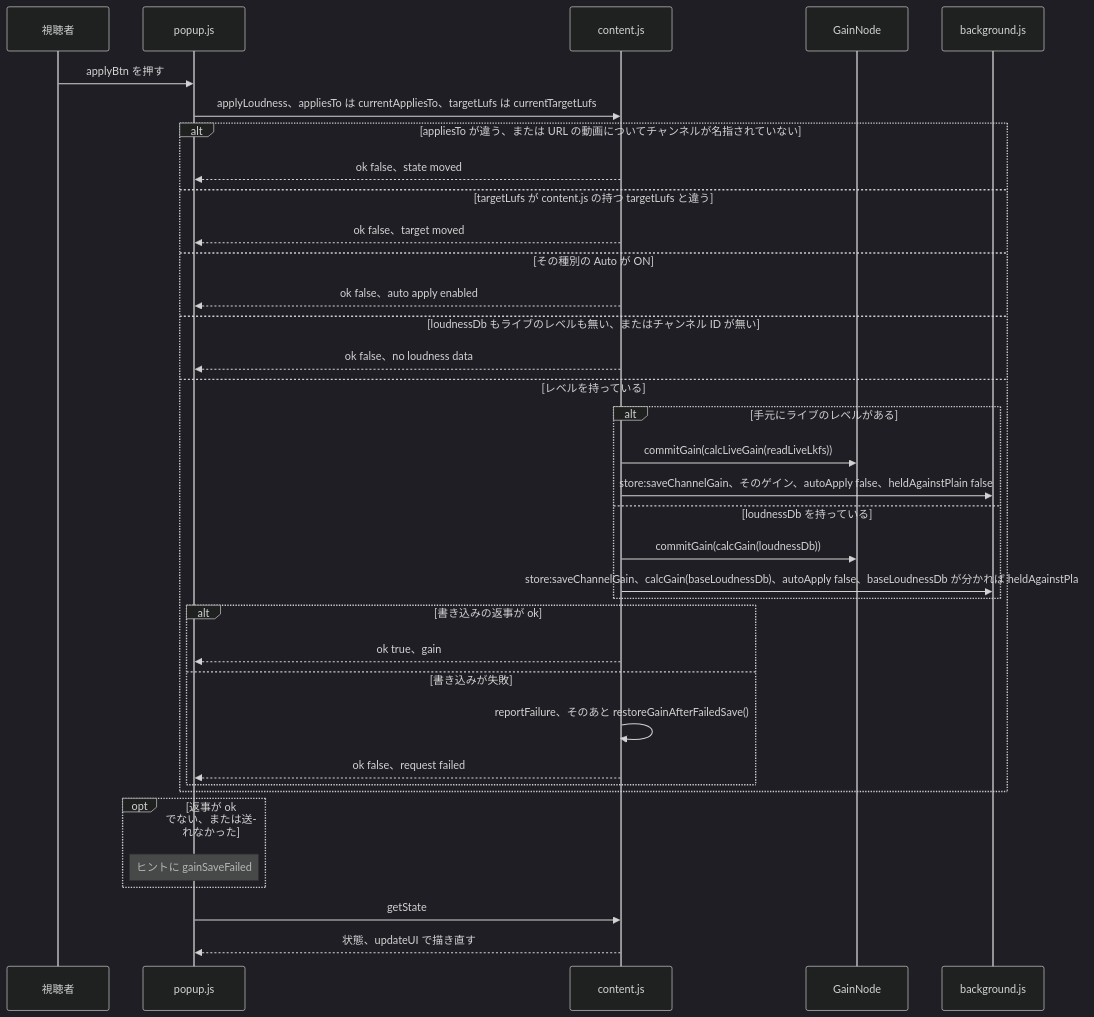
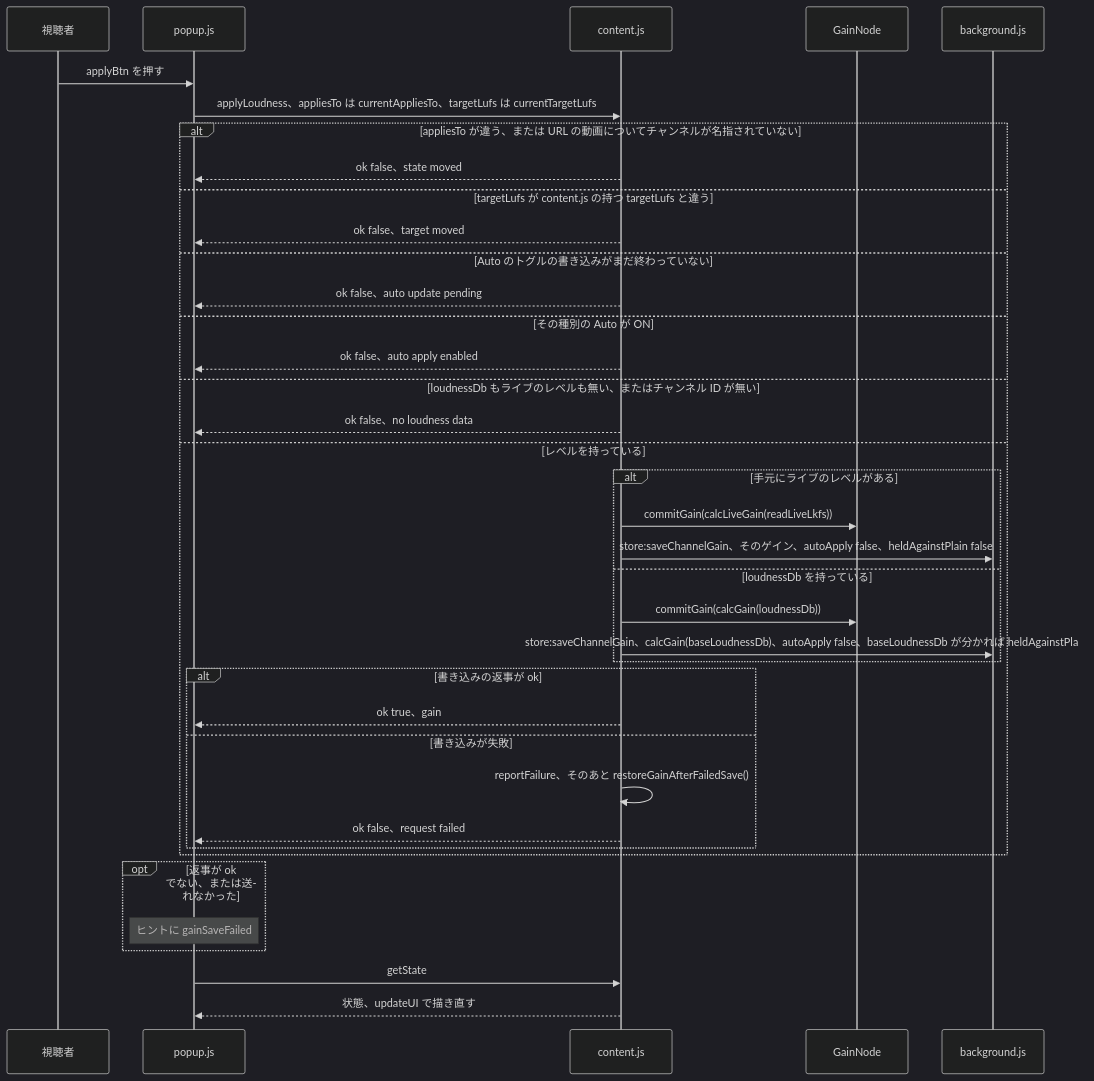
The fifth of 14 diagrams in docs/gain-change-and-save.ja.md (semnil/yt-channel-volume), drawn with Mermaid (dark theme) before and after one commit. The commit also changed other lines of this file and 9 other files, not shown here.

````diff
--- a/docs/gain-change-and-save.ja.md
+++ b/docs/gain-change-and-save.ja.md
@@ -255,38 +257,40 @@
 ```mermaid
 sequenceDiagram
   participant V as 視聴者
   participant P as popup.js
   participant C as content.js
   participant G as GainNode
   participant W as background.js
   V->>P: applyBtn を押す
   P->>C: applyLoudness、appliesTo は currentAppliesTo、targetLufs は currentTargetLufs
   alt appliesTo が違う、または URL の動画についてチャンネルが名指されていない
     C-->>P: ok false、state moved
   else targetLufs が content.js の持つ targetLufs と違う
     C-->>P: ok false、target moved
+  else Auto のトグルの書き込みがまだ終わっていない
+    C-->>P: ok false、auto update pending
   else その種別の Auto が ON
     C-->>P: ok false、auto apply enabled
   else loudnessDb もライブのレベルも無い、またはチャンネル ID が無い
     C-->>P: ok false、no loudness data
   else レベルを持っている
     alt 手元にライブのレベルがある
       C->>G: commitGain(calcLiveGain(readLiveLkfs))
       C->>W: store:saveChannelGain、そのゲイン、autoApply false、heldAgainstPlain false
     else loudnessDb を持っている
       C->>G: commitGain(calcGain(loudnessDb))
       C->>W: store:saveChannelGain、calcGain(baseLoudnessDb)、autoApply false、baseLoudnessDb が分かれば heldAgainstPlain
     end
     alt 書き込みの返事が ok
       C-->>P: ok true、gain
     else 書き込みが失敗
       C->>C: reportFailure、そのあと restoreGainAfterFailedSave()
       C-->>P: ok false、request failed
     end
   end
   opt 返事が ok でない、または送れなかった
     Note over P: ヒントに gainSaveFailed
   end
   P->>C: getState
   C-->>P: 状態、updateUI で描き直す
 ```
````
